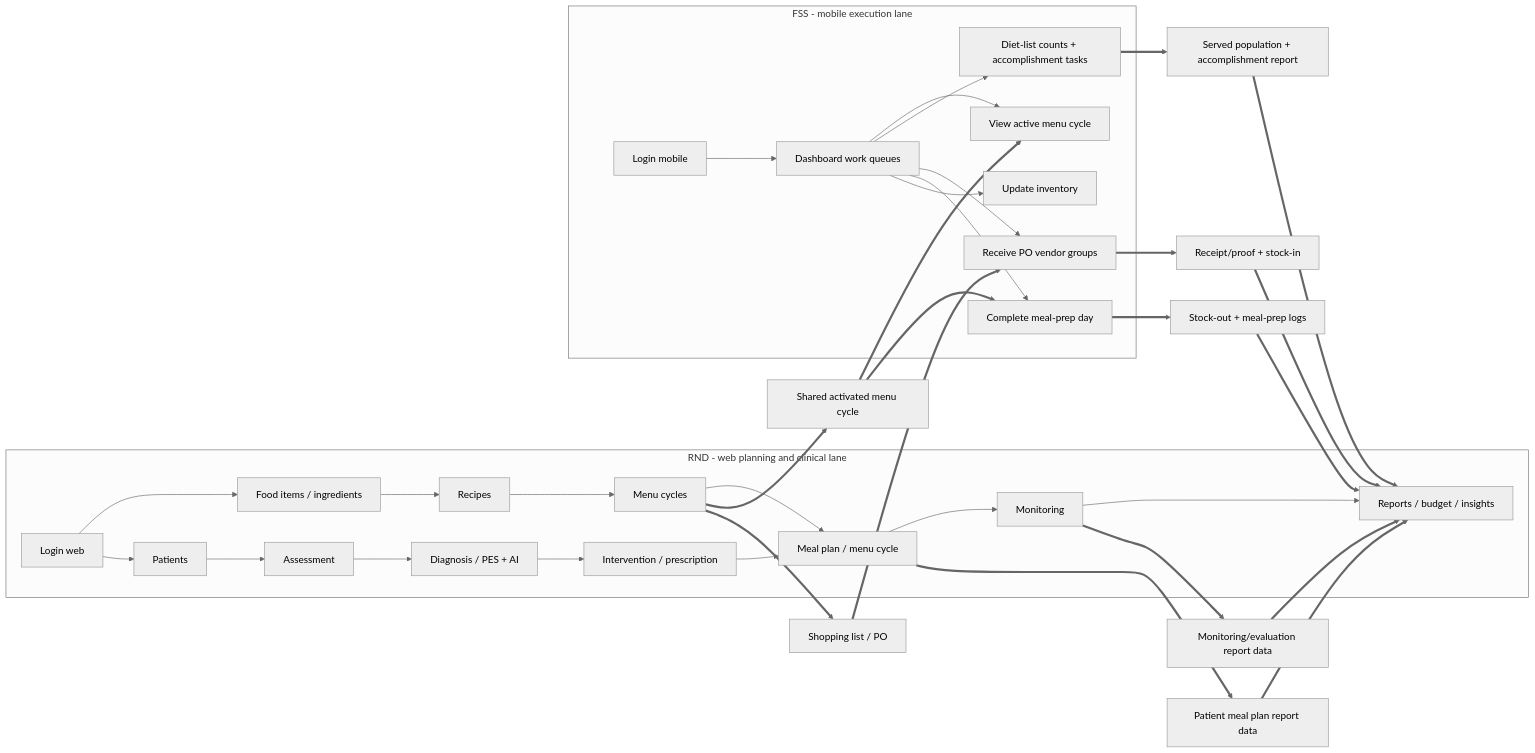
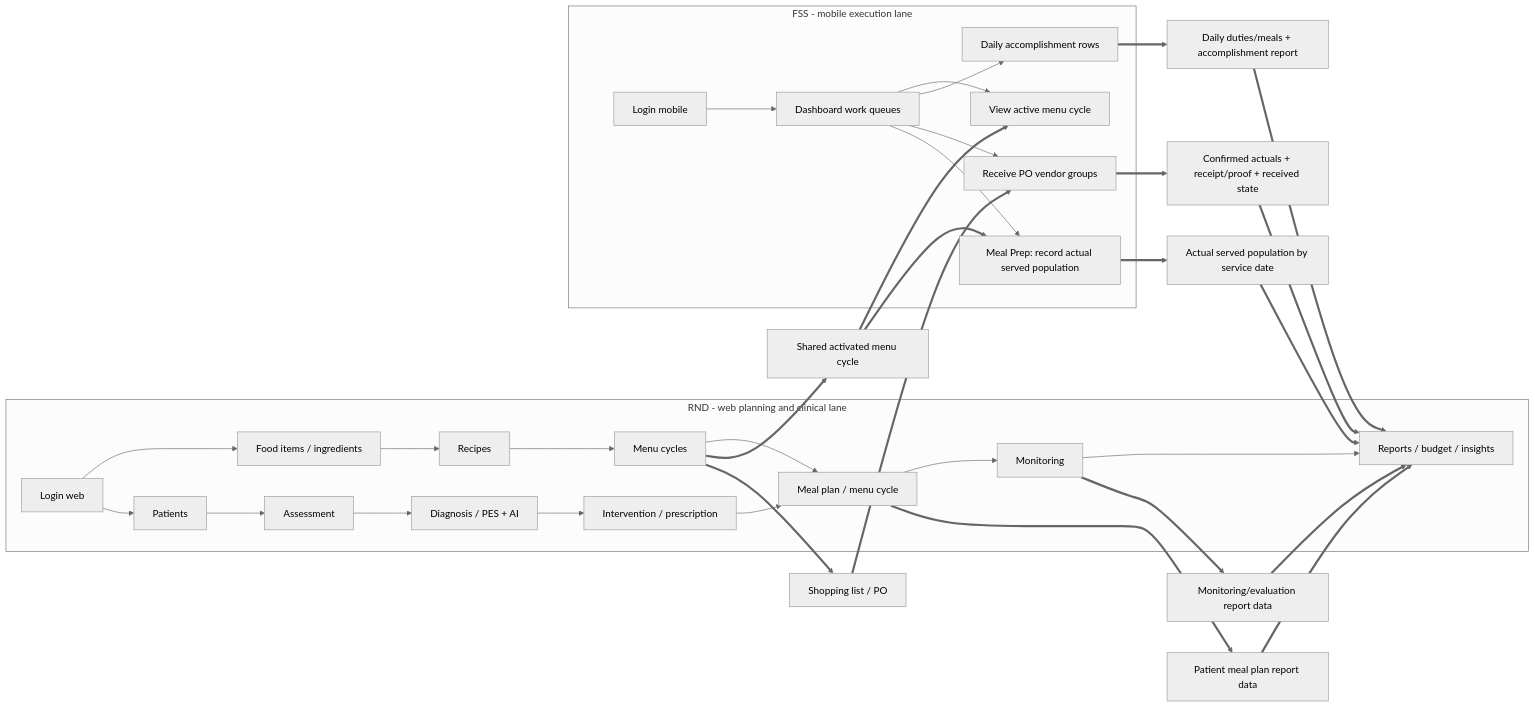
Before and after one commit to ja2gc/Nutriscope: the seventh of 9 diagrams in docs/module-workflow-flowchart.md, drawn with Mermaid (neutral theme). The commit also changed other lines of this file and 11 other files, not shown here.

````diff
--- a/docs/module-workflow-flowchart.md
+++ b/docs/module-workflow-flowchart.md
@@ -243,49 +245,48 @@
 ```mermaid
 flowchart LR
     subgraph RND["RND - web planning and clinical lane"]
         R0["Login web"]
         R1["Food items / ingredients"]
         R2["Recipes"]
         R3["Menu cycles"]
         R4["Patients"]
         R5["Assessment"]
         R6["Diagnosis / PES + AI"]
         R7["Intervention / prescription"]
         R8["Meal plan / menu cycle"]
         R9["Monitoring"]
         R10["Reports / budget / insights"]
         R0 --> R1 --> R2 --> R3
         R0 --> R4 --> R5 --> R6 --> R7 --> R8 --> R9 --> R10
         R3 --> R8
     end
 
     subgraph FSS["FSS - mobile execution lane"]
         F0["Login mobile"]
         F1["Dashboard work queues"]
         F2["View active menu cycle"]
-        F3["Diet-list counts + accomplishment tasks"]
+        F3["Daily accomplishment rows"]
         F4["Receive PO vendor groups"]
-        F5["Complete meal-prep day"]
-        F6["Update inventory"]
+        F5["Meal Prep: record actual served population"]
         F0 --> F1
-        F1 --> F2 & F3 & F4 & F5 & F6
+        F1 --> F2 & F3 & F4 & F5
     end
 
     R3 ==> X1["Shared activated menu cycle"]
     X1 ==> F2
     X1 ==> F5
 
     R3 ==> X2["Shopping list / PO"]
     X2 ==> F4
-    F4 ==> X3["Receipt/proof + stock-in"]
-    F5 ==> X4["Stock-out + meal-prep logs"]
-    F3 ==> X5["Served population + accomplishment report"]
+    F4 ==> X3["Confirmed actuals + receipt/proof + received state"]
+    F5 ==> X4["Actual served population by service date"]
+    F3 ==> X5["Daily duties/meals + accomplishment report"]
 
     R8 ==> X6["Patient meal plan report data"]
     R9 ==> X7["Monitoring/evaluation report data"]
     X3 ==> R10
     X4 ==> R10
     X5 ==> R10
     X6 ==> R10
     X7 ==> R10
 ```
````
